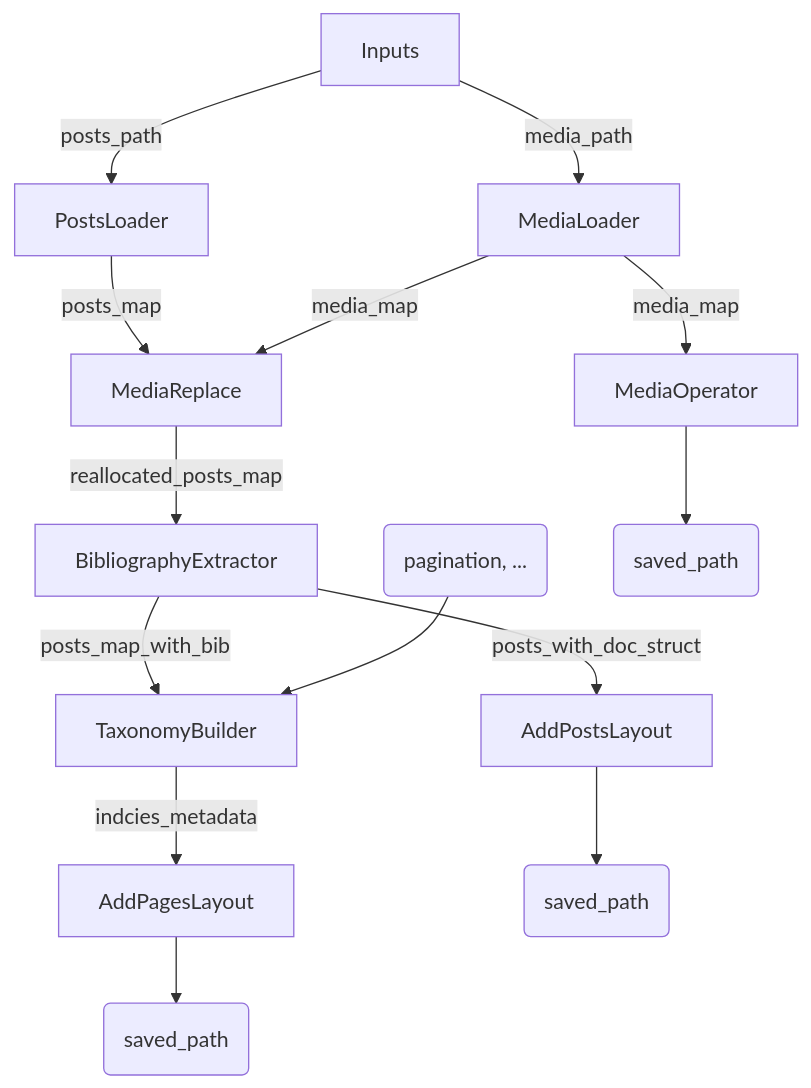
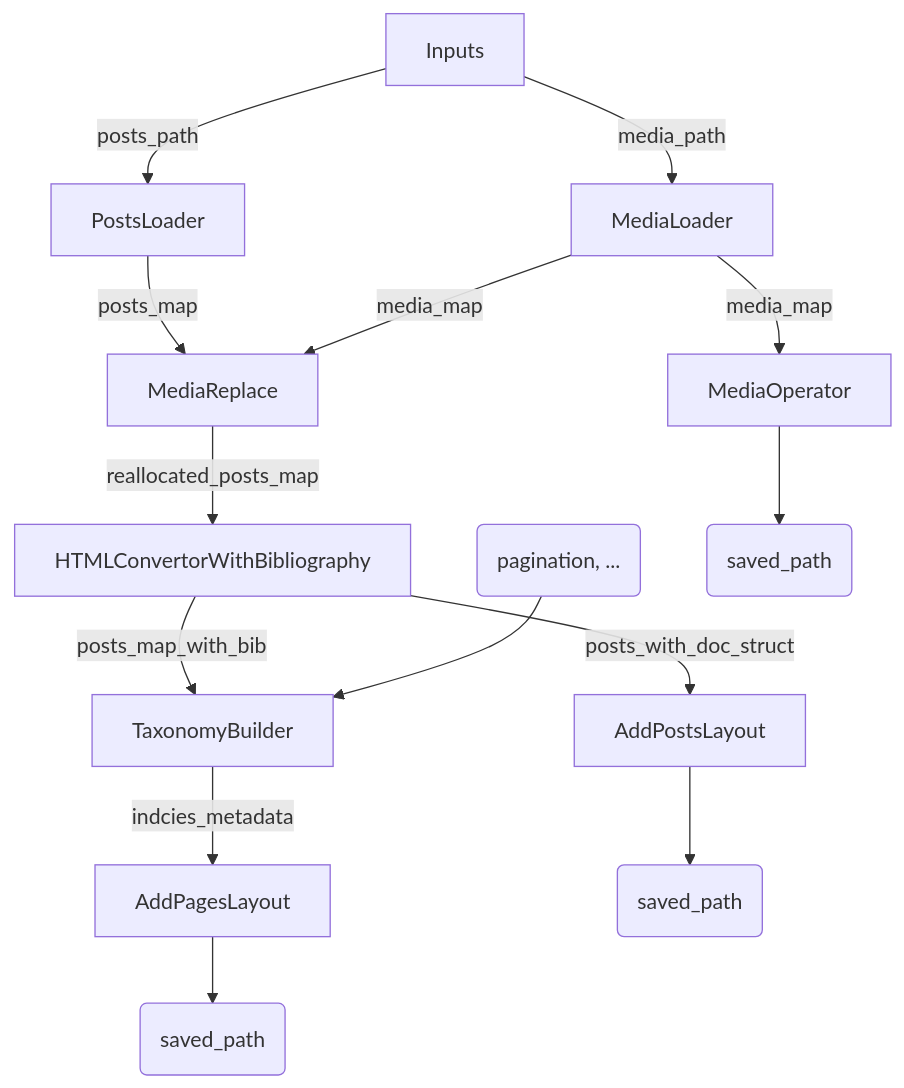
The diagram in README.md (GES233/Greenhouse), drawn with Mermaid before and after one commit. The commit also changed 6 other files, not shown here.

````diff
--- a/README.md
+++ b/README.md
@@ -7,31 +7,31 @@
 ```mermaid
 flowchart TD
   Inputs
   PL["PostsLoader"]
   ML["MediaLoader"]
-  BE["BibliographyExtractor"]
+  BE["HTMLConvertorWithBibliography"]
   MR["MediaReplace"]
   iTB["TaxonomyBuilder"]
   APL["AddPostsLayout"]
   APgL["AddPagesLayout"]
   MO["MediaOperator"]
 
   Inputs --posts_path--> PL
   Inputs --media_path--> ML
   PL --posts_map--> MR
   ML --media_map--> MR
   MR --reallocated_posts_map--> BE
   %% Can be invoked anything
   %% If input is posts_map-like
   %% Because only some several fields were used
   BE --posts_map_with_bib--> iTB
   %% Options
   itb_opts("pagination, ...") --> iTB
   BE --posts_with_doc_struct--> APL
   APL --> o1("saved_path")
   iTB --indcies_metadata--> APgL
   APgL --> o2("saved_path")
   ML --media_map--> MO
   MO --> o3("saved_path")
 
 ```
````
